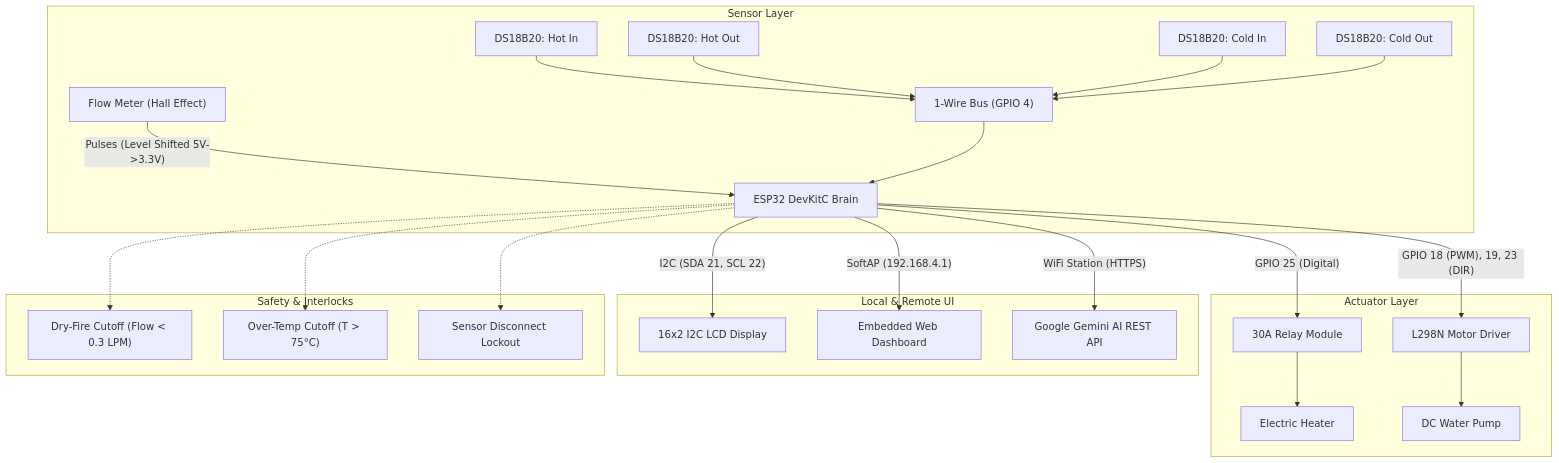
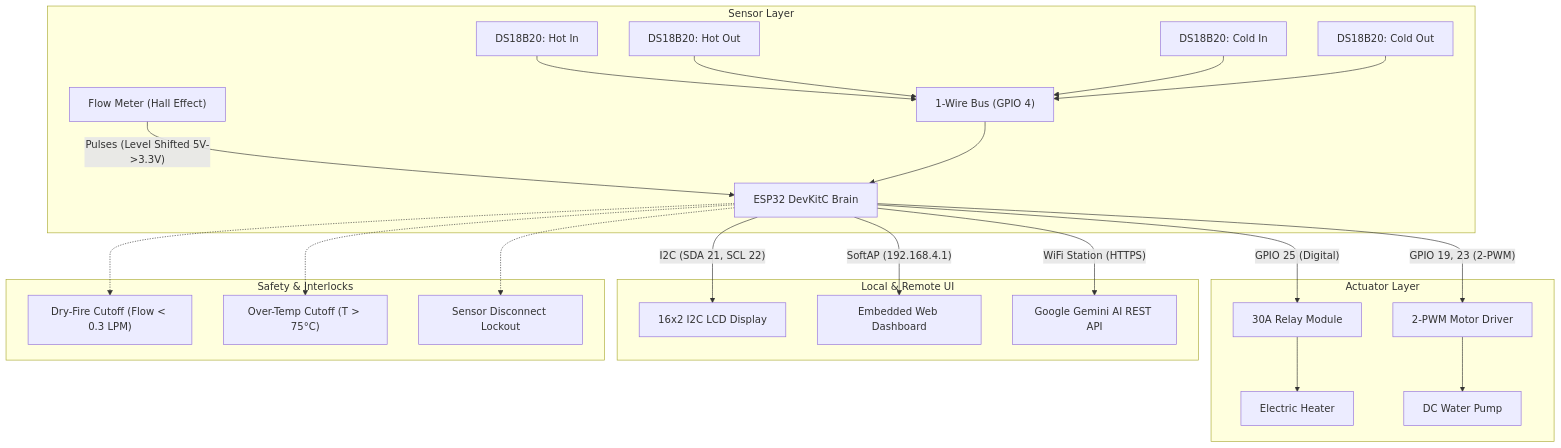
One commit to EnejiOhieku/heat-exchanger-controller changed the diagram in README.md. Above: the diagram before and after it, drawn with Mermaid. The commit also changed other lines of this file and 2 other files, not shown here.

First line of the commit message:
feat(pump): migrate motor driver to 2-PWM input architecture (no enable)

````diff
--- a/README.md
+++ b/README.md
@@ -16,28 +16,28 @@
 ```mermaid
 flowchart TD
     subgraph Sensors ["Sensor Layer"]
         F1["Flow Meter (Hall Effect)"] -- "Pulses (Level Shifted 5V->3.3V)" --> ESP
         T1["DS18B20: Hot In"] --> OW["1-Wire Bus (GPIO 4)"]
         T2["DS18B20: Hot Out"] --> OW
         T3["DS18B20: Cold In"] --> OW
         T4["DS18B20: Cold Out"] --> OW
         OW --> ESP["ESP32 DevKitC Brain"]
     end
 
     subgraph Actuators ["Actuator Layer"]
         ESP -- "GPIO 25 (Digital)" --> RELAY["30A Relay Module"] --> HEATER["Electric Heater"]
-        ESP -- "GPIO 18 (PWM), 19, 23 (DIR)" --> L298N["L298N Motor Driver"] --> PUMP["DC Water Pump"]
+        ESP -- "GPIO 19, 23 (2-PWM)" --> DRV["2-PWM Motor Driver"] --> PUMP["DC Water Pump"]
     end
 
     subgraph Interface ["Local & Remote UI"]
         ESP -- "I2C (SDA 21, SCL 22)" --> LCD["16x2 I2C LCD Display"]
         ESP -- "SoftAP (192.168.4.1)" --> WEB["Embedded Web Dashboard"]
         ESP -- "WiFi Station (HTTPS)" --> GEMINI["Google Gemini AI REST API"]
     end
 
     subgraph Safety ["Safety & Interlocks"]
         ESP -.-> DRY["Dry-Fire Cutoff (Flow < 0.3 LPM)"]
         ESP -.-> OVERT["Over-Temp Cutoff (T > 75°C)"]
         ESP -.-> FAULT["Sensor Disconnect Lockout"]
     end
 ```
````
